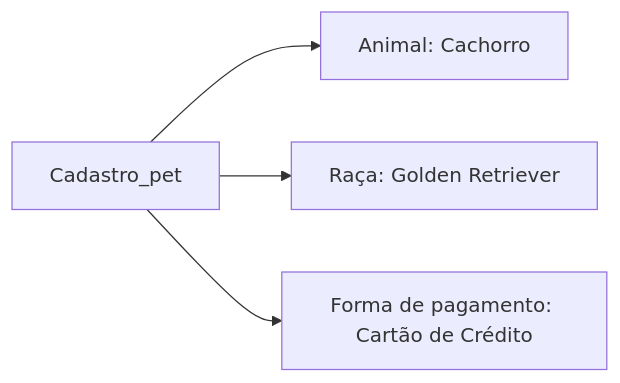
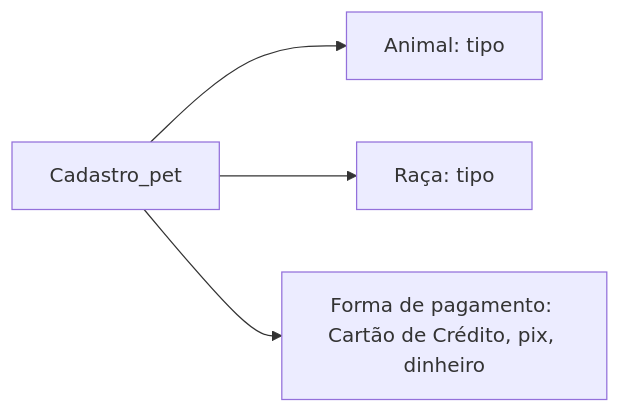
The diagram in README.md (luddlimah/Cadastro-Petshop), drawn with Mermaid before and after one commit.

Commit message:
Update README.md
Diagrama de Classes (API)

````diff
--- a/README.md
+++ b/README.md
@@ -3,12 +3,12 @@
 ```mermaid
 graph LR
   Cadastro_pet --> Animal
   Cadastro_pet --> Raça
   Cadastro_pet --> Forma_de_pagamento
 
   Cadastro_pet["Cadastro_pet"]
-  Animal["Animal: Cachorro"]
-  Raça["Raça: Golden Retriever"]
-  Forma_de_pagamento["Forma de pagamento: Cartão de Crédito"]
+  Animal["Animal: tipo"]
+  Raça["Raça: tipo"]
+  Forma_de_pagamento["Forma de pagamento: Cartão de Crédito, pix, dinheiro"]
 
 ```
````
